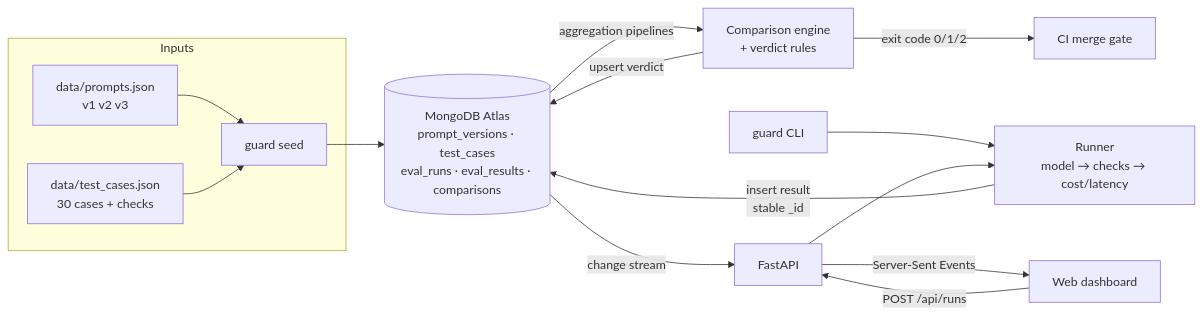
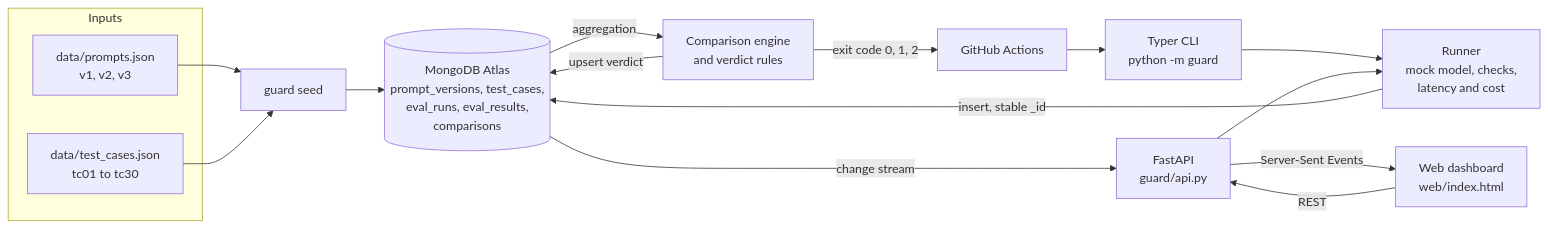
The second of 2 diagrams in README.md (rubella2121/uncharted), drawn with Mermaid before and after one commit. The commit also changed other lines of this file, not shown here.

````diff
--- a/README.md
+++ b/README.md
@@ -95,17 +168,20 @@
 ```mermaid
 flowchart LR
     subgraph Inputs
-      P[data/prompts.json<br/>v1 v2 v3] --> S
-      T[data/test_cases.json<br/>30 cases + checks] --> S
+        P["data/prompts.json<br/>v1, v2, v3"]
+        T["data/test_cases.json<br/>tc01 to tc30"]
     end
-    S[guard seed] --> DB
-    UI[Web dashboard] -- POST /api/runs --> API[FastAPI]
-    CLI[guard CLI] --> R
-    API --> R[Runner<br/>model → checks → cost/latency]
-    R -- insert result<br/>stable _id --> DB[(MongoDB Atlas<br/>prompt_versions · test_cases<br/>eval_runs · eval_results · comparisons)]
-    DB -- aggregation pipelines --> C[Comparison engine<br/>+ verdict rules]
-    C -- upsert verdict --> DB
-    DB -- change stream --> API
-    API -- Server-Sent Events --> UI
-    C -- exit code 0/1/2 --> CI[CI merge gate]
+    P --> SEED["guard seed"]
+    T --> SEED
+    SEED --> DB
+    UI["Web dashboard<br/>web/index.html"] -- "REST" --> API["FastAPI<br/>guard/api.py"]
+    CLI["Typer CLI<br/>python -m guard"] --> RUN
+    GH["GitHub Actions"] --> CLI
+    API --> RUN["Runner<br/>mock model, checks,<br/>latency and cost"]
+    RUN -- "insert, stable _id" --> DB[("MongoDB Atlas<br/>prompt_versions, test_cases,<br/>eval_runs, eval_results,<br/>comparisons")]
+    DB -- "aggregation" --> CMP["Comparison engine<br/>and verdict rules"]
+    CMP -- "upsert verdict" --> DB
+    DB -- "change stream" --> API
+    API -- "Server-Sent Events" --> UI
+    CMP -- "exit code 0, 1, 2" --> GH
 ```
````
